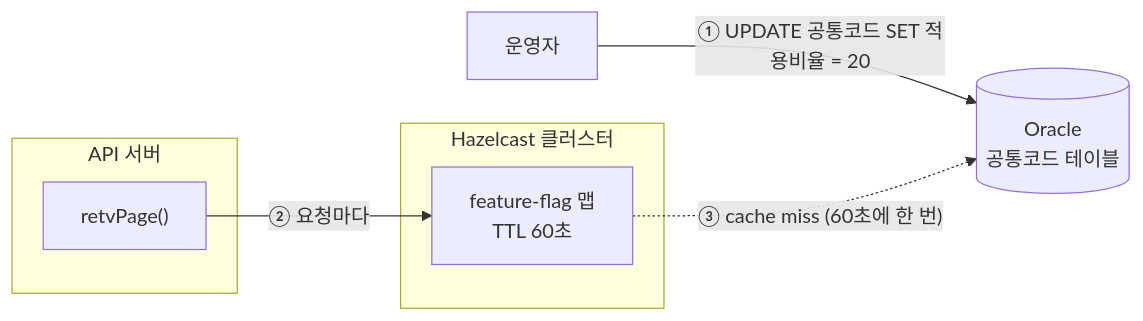
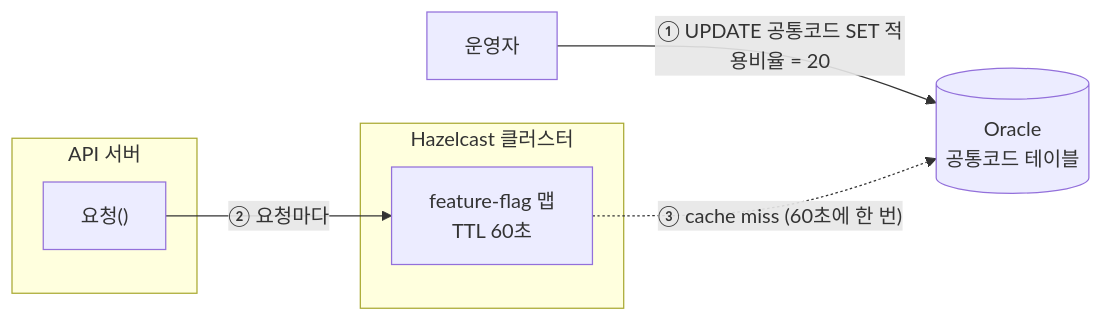
One commit to electronyoon/electronyoon.github.io changed the second of 2 diagrams in _posts/2026-08-27-API에-캐시와-페이지-테이블-달아주기.md. Above: the diagram before and after it, drawn with Mermaid. The commit also changed other lines of this file, not shown here.

````diff
--- a/_posts/2026-08-27-API에-캐시와-페이지-테이블-달아주기.md
+++ b/_posts/2026-08-27-API에-캐시와-페이지-테이블-달아주기.md
@@ -338,15 +339,15 @@
 ```mermaid
 flowchart LR
     OP["운영자"]
     DB[("Oracle<br/>공통코드 테이블")]
     subgraph HZ["Hazelcast 클러스터"]
         FMAP["feature-flag 맵<br/>TTL 60초"]
     end
     subgraph API["API 서버"]
-        SVC["retvPage()"]
+        SVC["요청()"]
     end
 
     OP -->|"① UPDATE 공통코드 SET 적용비율 = 20"| DB
     SVC -->|"② 요청마다"| FMAP
     FMAP -.->|"③ cache miss (60초에 한 번)"| DB
 ```
````
